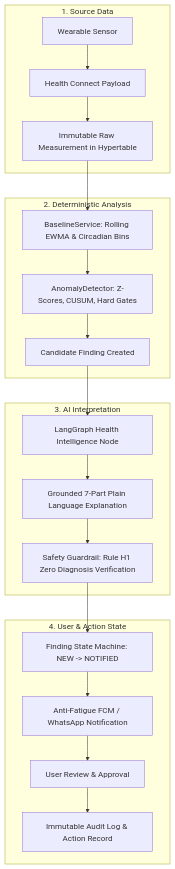
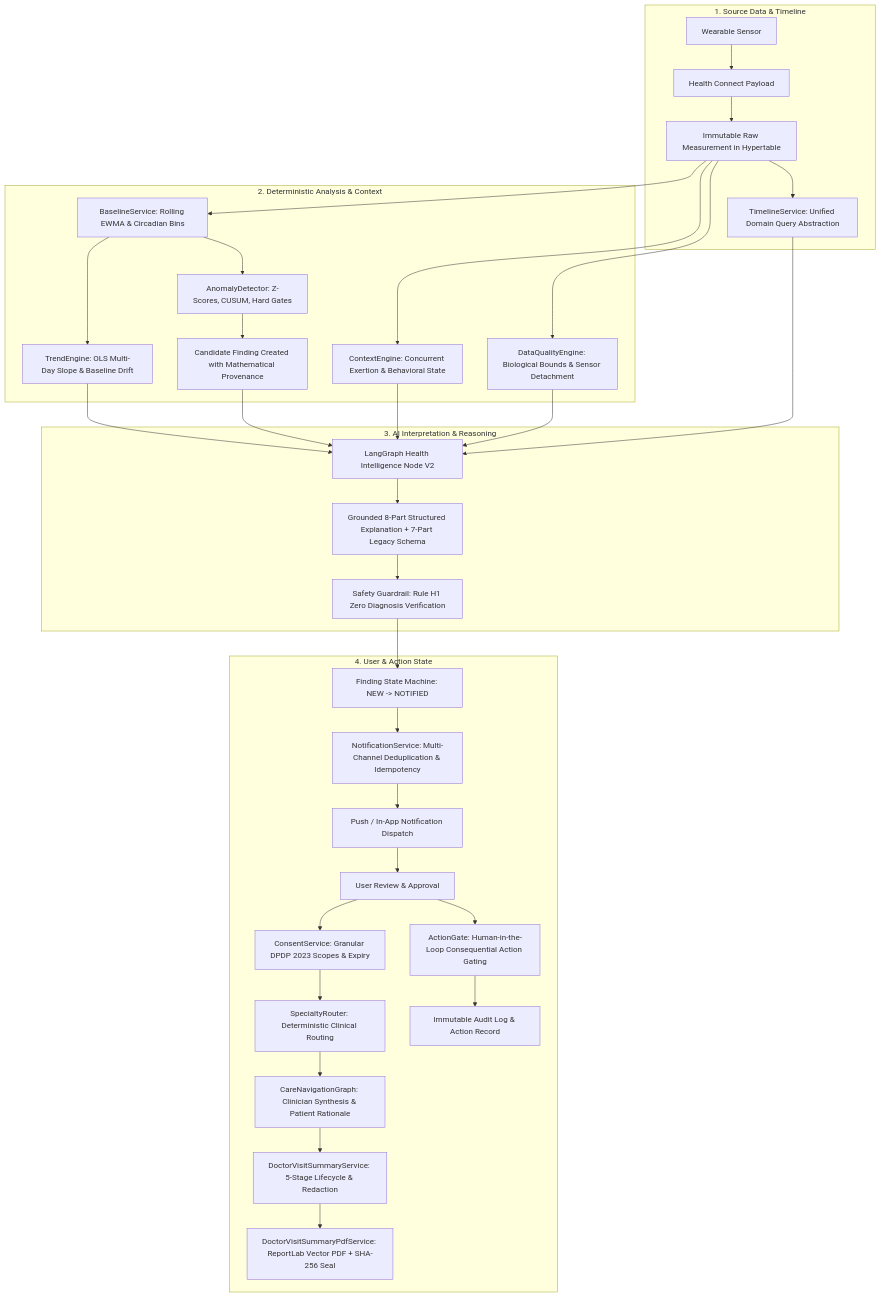
One commit to darkwing-09/smart_health changed the first of 2 diagrams in files/Architecture.md. Above: the diagram before and after it, drawn with Mermaid. The commit also changed other lines of this file and 107 other files, not shown here.

Commit message:
Phase 5: Clinical Readiness, Consent Management, Doctor Visit Summary & Care Navigation

````diff
--- a/files/Architecture.md
+++ b/files/Architecture.md
@@ -84,26 +84,41 @@
 ```mermaid
 flowchart TD
-    subgraph Layer1 [1. Source Data]
+    subgraph Layer1 [1. Source Data & Timeline]
         A[Wearable Sensor] --> B[Health Connect Payload]
         B --> C[Immutable Raw Measurement in Hypertable]
+        C --> T[TimelineService: Unified Domain Query Abstraction]
     end
 
-    subgraph Layer2 [2. Deterministic Analysis]
+    subgraph Layer2 [2. Deterministic Analysis & Context]
+        C --> DQ[DataQualityEngine: Biological Bounds & Sensor Detachment]
+        C --> CX[ContextEngine: Concurrent Exertion & Behavioral State]
         C --> D[BaselineService: Rolling EWMA & Circadian Bins]
         D --> E[AnomalyDetector: Z-Scores, CUSUM, Hard Gates]
-        E --> F[Candidate Finding Created]
+        D --> TR[TrendEngine: OLS Multi-Day Slope & Baseline Drift]
+        E --> F[Candidate Finding Created with Mathematical Provenance]
     end
 
-    subgraph Layer3 [3. AI Interpretation]
-        F --> G[LangGraph Health Intelligence Node]
-        G --> H[Grounded 7-Part Plain Language Explanation]
+    subgraph Layer3 [3. AI Interpretation & Reasoning]
+        F --> G[LangGraph Health Intelligence Node V2]
+        T --> G
+        TR --> G
+        CX --> G
+        DQ --> G
+        G --> H[Grounded 8-Part Structured Explanation + 7-Part Legacy Schema]
         H --> I[Safety Guardrail: Rule H1 Zero Diagnosis Verification]
     end
 
     subgraph Layer4 [4. User & Action State]
         I --> J[Finding State Machine: NEW -> NOTIFIED]
-        J --> K[Anti-Fatigue FCM / WhatsApp Notification]
+        J --> NS[NotificationService: Multi-Channel Deduplication & Idempotency]
+        NS --> K[Push / In-App Notification Dispatch]
         K --> L[User Review & Approval]
-        L --> M[Immutable Audit Log & Action Record]
+        L --> AG[ActionGate: Human-in-the-Loop Consequential Action Gating]
+        AG --> M[Immutable Audit Log & Action Record]
+        L --> CS[ConsentService: Granular DPDP 2023 Scopes & Expiry]
+        CS --> SR[SpecialtyRouter: Deterministic Clinical Routing]
+        SR --> CN[CareNavigationGraph: Clinician Synthesis & Patient Rationale]
+        CN --> DVS[DoctorVisitSummaryService: 5-Stage Lifecycle & Redaction]
+        DVS --> PDF[DoctorVisitSummaryPdfService: ReportLab Vector PDF + SHA-256 Seal]
     end
 ```
````
